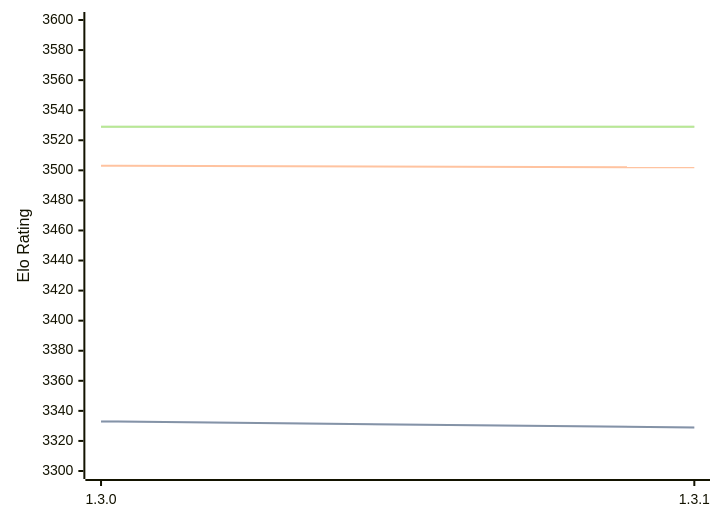
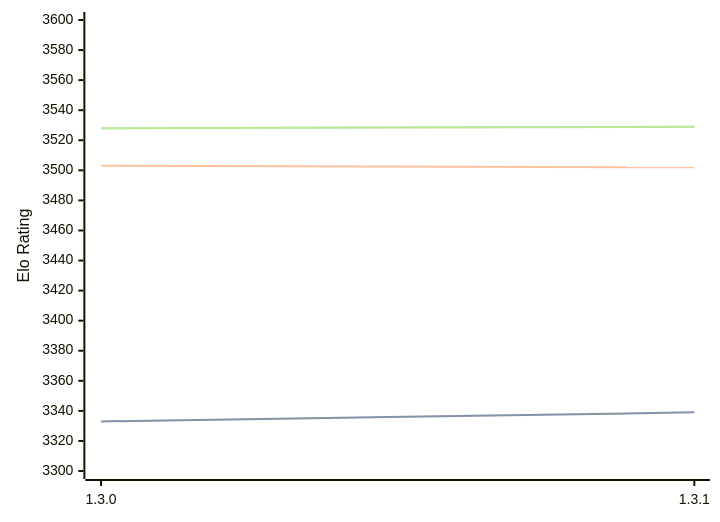
One commit to computer-chess-index/cci changed the diagram in engines/Renegade.md. Above: the diagram before and after it, drawn with Mermaid. The commit also changed other lines of this file, not shown here.

Commit message:
Update CCI Ratings (ELO VLTC) - 2026-08-02

````diff
--- a/engines/Renegade.md
+++ b/engines/Renegade.md
@@ -42,11 +42,11 @@
 ```mermaid
 %%{init: {"theme":"base","themeVariables":{"seriesColors:['#a3a3a3','#222221','#faa371']}}}%%
 xychart-beta
   x-axis ["1.3.0", "1.3.1"]
   y-axis "Elo Rating" 3300 --> 3600
-  line "STC (8.0+0.08s)" [3333, 3329]
-  line "STC (8.0+0.08s)" [3333, 3329]
+  line "STC (8.0+0.08s)" [3333, 3339]
+  line "STC (8.0+0.08s)" [3333, 3339]
   line "LTC (60.0+0.60s)" [3503, 3502]
-  line "VLTC (2m24s+1.12s)" [3529, 3529]
-  line "VLTC (2m24s+1.12s)" [3529, 3529]
+  line "VLTC (2m24s+1.12s)" [3528, 3529]
+  line "VLTC (2m24s+1.12s)" [3528, 3529]
 ```
````
